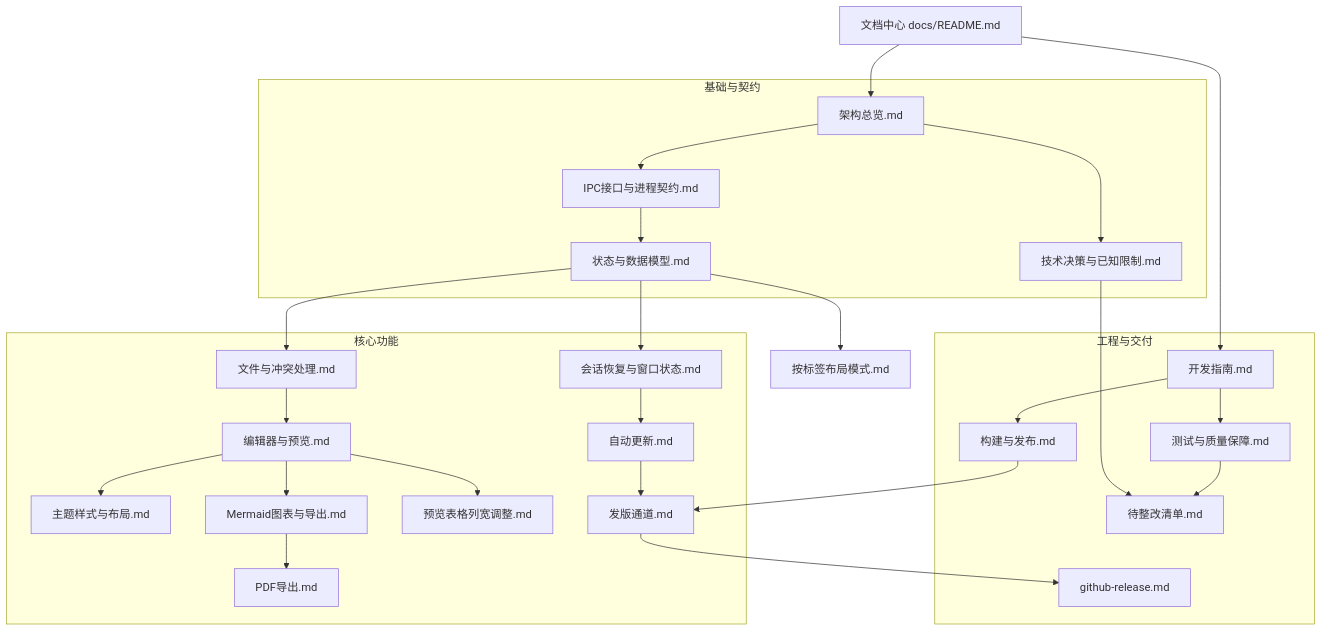
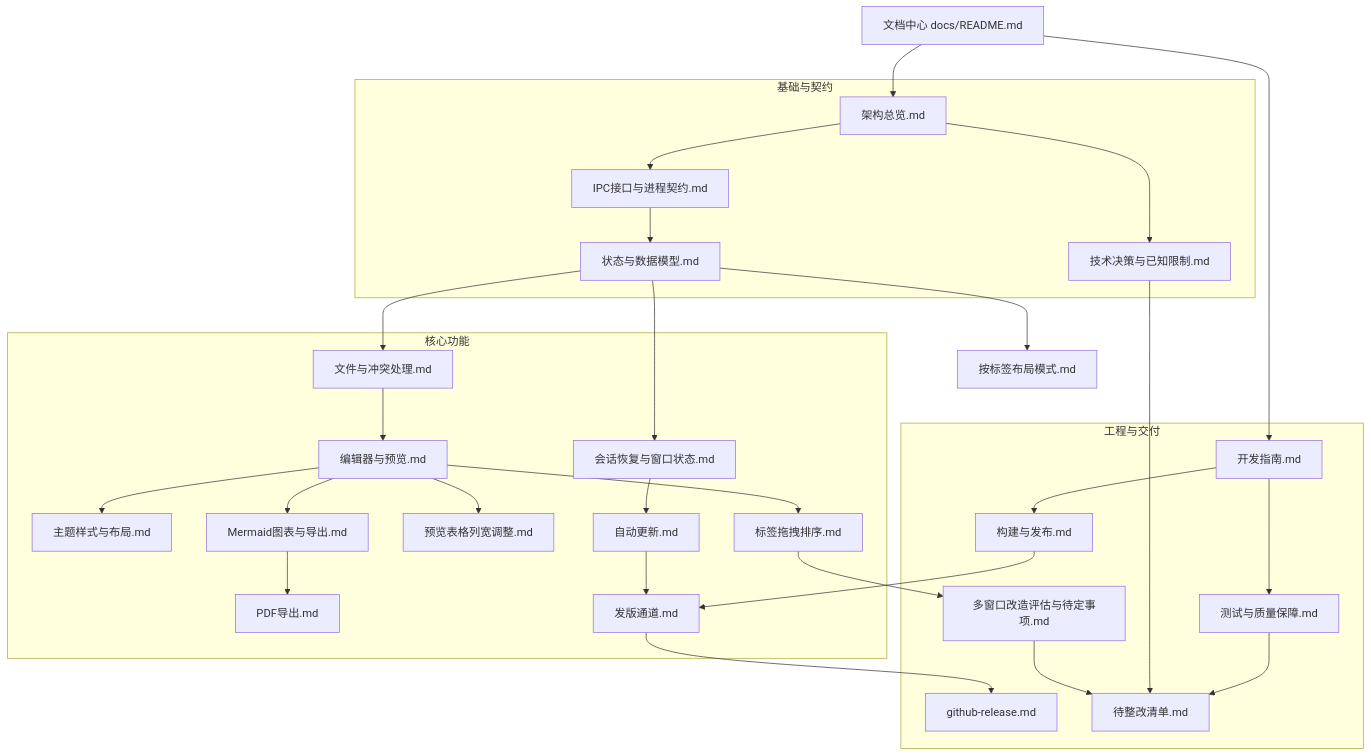
Before and after one commit to Harley-xk/mark-it: the diagram in docs/README.md, drawn with Mermaid. The commit also changed other lines of this file and 10 other files, not shown here.

````diff
--- a/docs/README.md
+++ b/docs/README.md
@@ -14,53 +14,58 @@
 ```mermaid
 flowchart TD
   IDX["文档中心 docs/README.md"]
 
   subgraph 基础与契约
     ARCH["架构总览.md"]
     DEC["技术决策与已知限制.md"]
     IPC["IPC接口与进程契约.md"]
     DATA["状态与数据模型.md"]
   end
 
   subgraph 核心功能
     FILE["文件与冲突处理.md"]
     SESSION["会话恢复与窗口状态.md"]
     EDIT["编辑器与预览.md"]
     THEME["主题样式与布局.md"]
     MERMAID["Mermaid图表与导出.md"]
     PDF["PDF导出.md"]
     TABLE["预览表格列宽调整.md"]
+    TABORDER["标签拖拽排序.md"]
     UPDATE["自动更新.md"]
     CHANNEL["发版通道.md"]
   end
 
   subgraph 工程与交付
     BUILD["构建与发布.md"]
     RELEASE["github-release.md"]
     DEV["开发指南.md"]
     QA["测试与质量保障.md"]
     TODO["待整改清单.md"]
+    MULTI["多窗口改造评估与待定事项.md"]
   end
 
   IDX --> ARCH
   IDX --> DEV
   ARCH --> DEC
   ARCH --> IPC
   IPC --> DATA
   DATA --> FILE
   DATA --> SESSION
   DATA --> LAYOUT["按标签布局模式.md"]
   FILE --> EDIT
   EDIT --> THEME
   EDIT --> MERMAID
   EDIT --> TABLE
+  EDIT --> TABORDER
   MERMAID --> PDF
   SESSION --> UPDATE
   UPDATE --> CHANNEL
   DEV --> QA
   DEV --> BUILD
   BUILD --> CHANNEL
   CHANNEL --> RELEASE
   QA --> TODO
   DEC --> TODO
+  TABORDER --> MULTI
+  MULTI --> TODO
 ```
````
